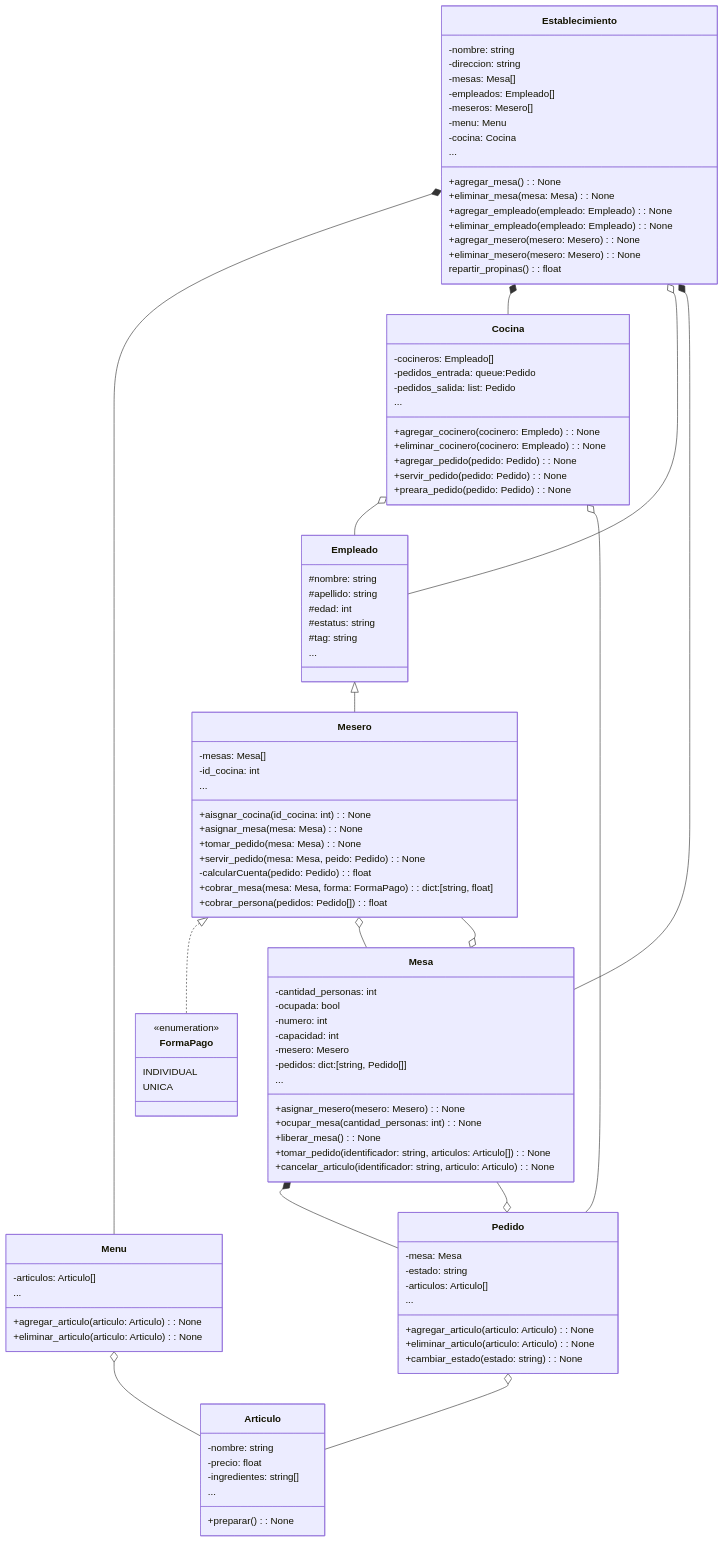
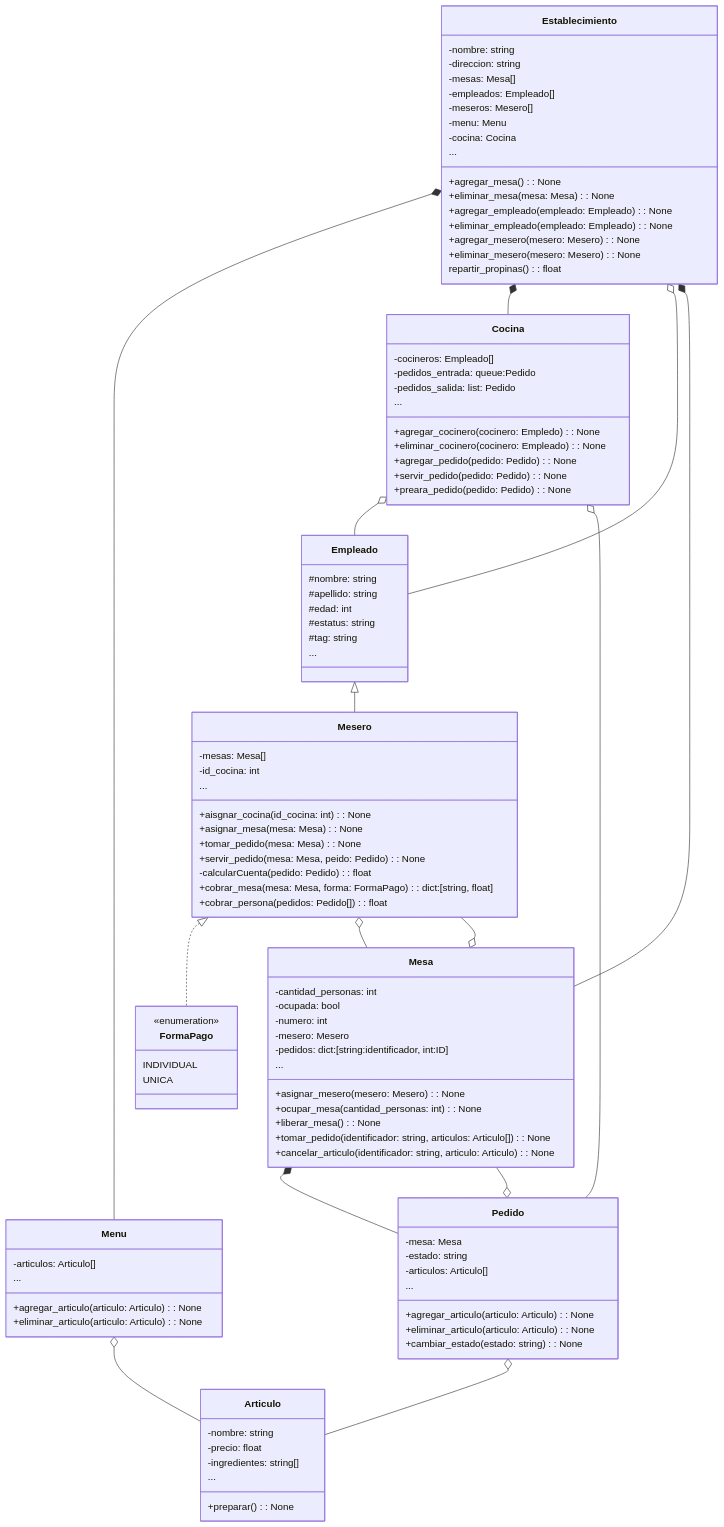
Before and after one commit to joseAcevesG/SOFT_RESTAURANT: the diagram in UML.md, drawn with Mermaid.

Commit message:
UML 1.13

```diff
--- a/UML.md
+++ b/UML.md
@@ -66,9 +66,8 @@
         -cantidad_personas: int
         -ocupada: bool
         -numero: int
-        -capacidad: int
         -mesero: Mesero
-        -pedidos: dict:[string, Pedido[]]
+        -pedidos: dict:[string:identificador, int:ID]
         +asignar_mesero(mesero: Mesero): None
         +ocupar_mesa(cantidad_personas: int): None
         +liberar_mesa(): None
```
